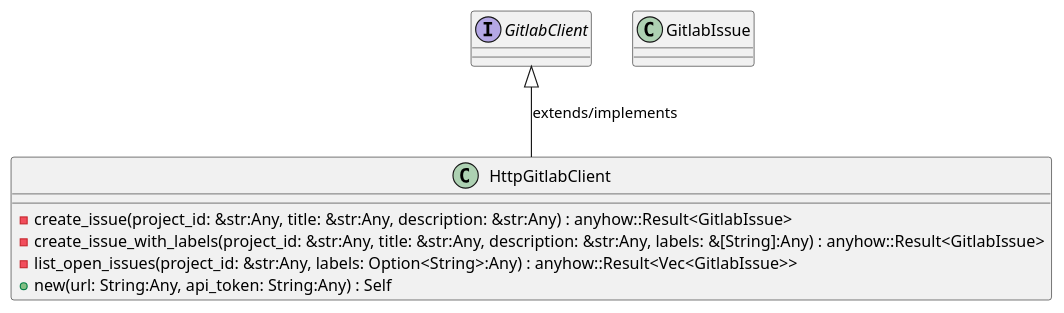
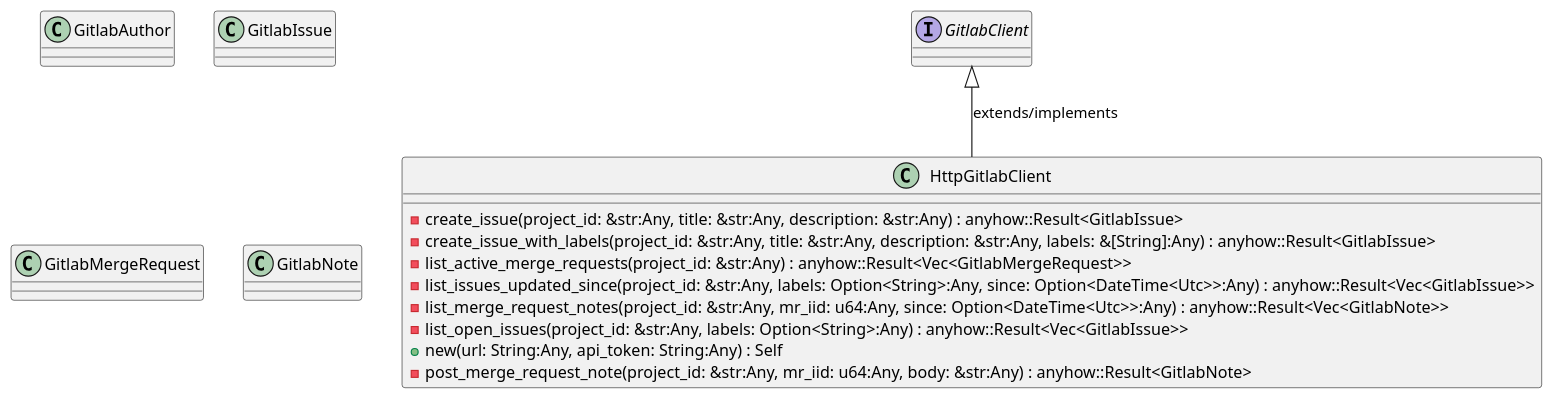
Before and after one commit to lgcorzo/rust_CACD_autonomous_factory: the first of 2 diagrams in openwiki/crates_factory_infrastructure_src_gitlab.md, drawn with PlantUML. The commit also changed other lines of this file and 100 other files, not shown here.

````diff
--- a/openwiki/crates_factory_infrastructure_src_gitlab.md
+++ b/openwiki/crates_factory_infrastructure_src_gitlab.md
@@ -121,16 +198,26 @@
 ```plantuml
 @startuml
+class GitlabAuthor {
+}
 interface GitlabClient {
 }
 class GitlabIssue {
 }
+class GitlabMergeRequest {
+}
+class GitlabNote {
+}
 class HttpGitlabClient {
     -create_issue(project_id: &str:Any, title: &str:Any, description: &str:Any) : anyhow::Result<GitlabIssue>
     -create_issue_with_labels(project_id: &str:Any, title: &str:Any, description: &str:Any, labels: &[String]:Any) : anyhow::Result<GitlabIssue>
+    -list_active_merge_requests(project_id: &str:Any) : anyhow::Result<Vec<GitlabMergeRequest>>
+    -list_issues_updated_since(project_id: &str:Any, labels: Option<String>:Any, since: Option<DateTime<Utc>>:Any) : anyhow::Result<Vec<GitlabIssue>>
+    -list_merge_request_notes(project_id: &str:Any, mr_iid: u64:Any, since: Option<DateTime<Utc>>:Any) : anyhow::Result<Vec<GitlabNote>>
     -list_open_issues(project_id: &str:Any, labels: Option<String>:Any) : anyhow::Result<Vec<GitlabIssue>>
     +new(url: String:Any, api_token: String:Any) : Self
+    -post_merge_request_note(project_id: &str:Any, mr_iid: u64:Any, body: &str:Any) : anyhow::Result<GitlabNote>
 }
 GitlabClient <|-- HttpGitlabClient : extends/implements
 @enduml
 
 ```
````
